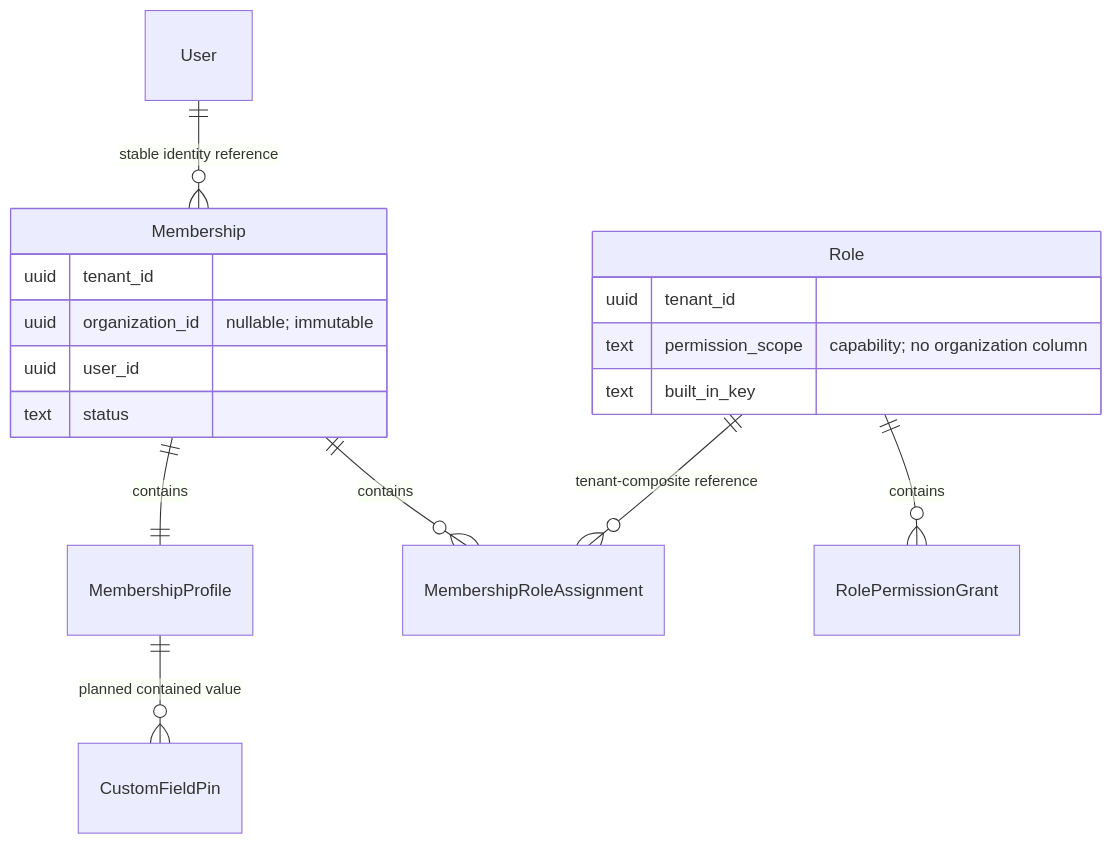
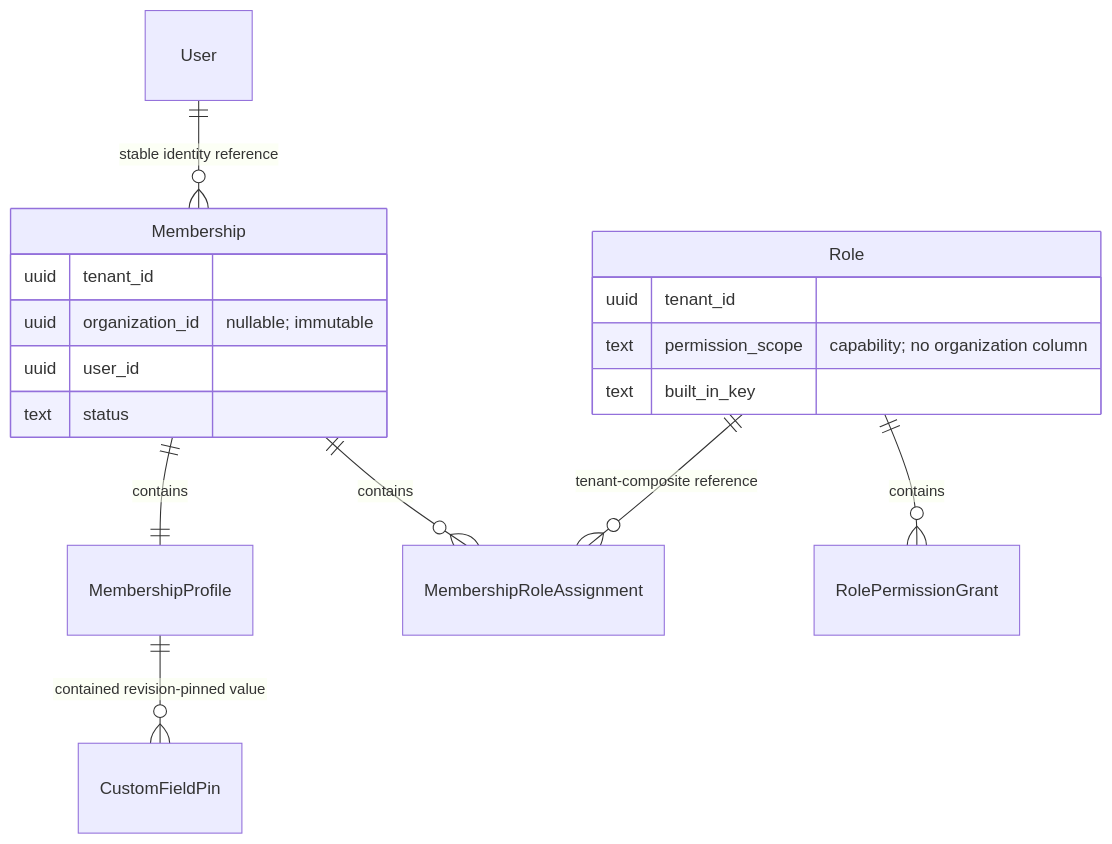
Before and after one commit to HodeTech/LearnStack: the first of 4 diagrams in docs/modules/identity/README.md, drawn with Mermaid. The commit also changed other lines of this file and 98 other files, not shown here.

````diff
--- a/docs/modules/identity/README.md
+++ b/docs/modules/identity/README.md
@@ -591,20 +593,20 @@
 ```mermaid
 erDiagram
     User ||--o{ Membership : "stable identity reference"
     Membership ||--|| MembershipProfile : contains
-    MembershipProfile ||--o{ CustomFieldPin : "planned contained value"
+    MembershipProfile ||--o{ CustomFieldPin : "contained revision-pinned value"
     Membership ||--o{ MembershipRoleAssignment : contains
     Role ||--o{ MembershipRoleAssignment : "tenant-composite reference"
     Role ||--o{ RolePermissionGrant : contains
     Membership {
         uuid tenant_id
         uuid organization_id "nullable; immutable"
         uuid user_id
         text status
     }
     Role {
         uuid tenant_id
         text permission_scope "capability; no organization column"
         text built_in_key
     }
 ```
````
